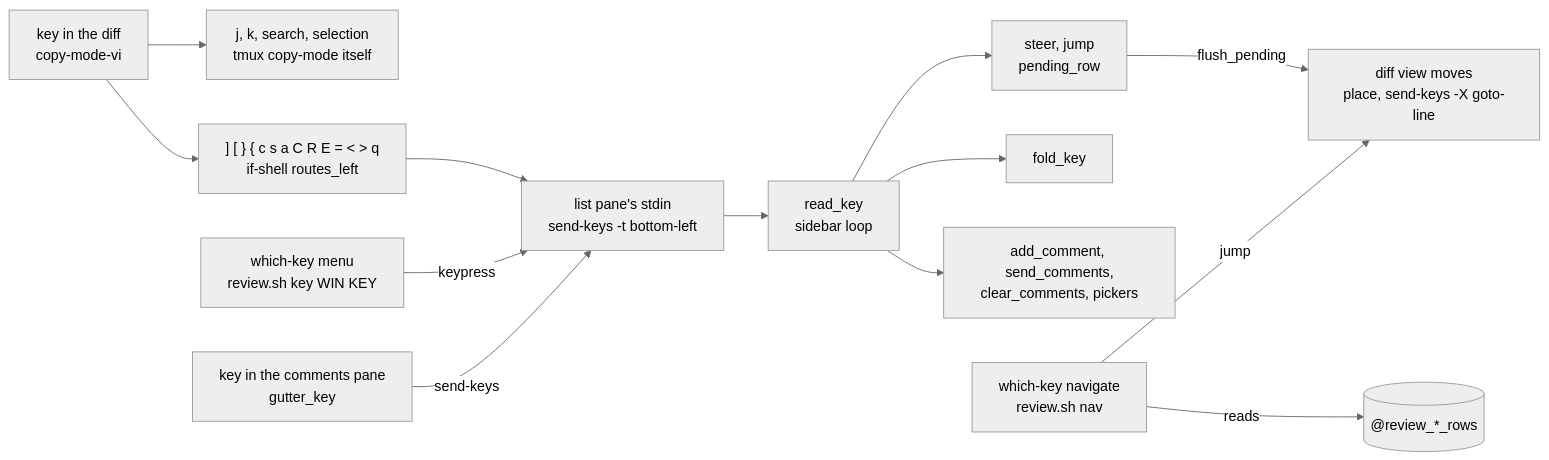
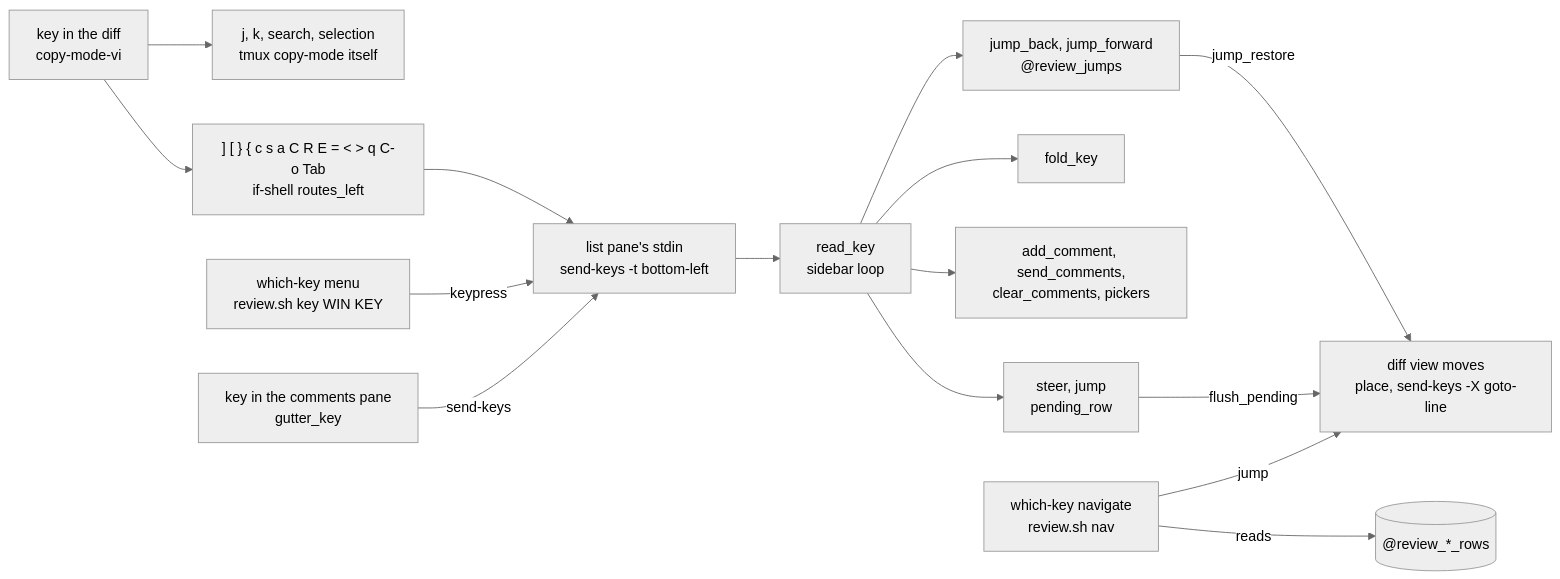
One commit to nvieirafelipe/dot-files changed the eighth of 15 diagrams in tmux-review/ARCHITECTURE.md. Above: the diagram before and after it, drawn with Mermaid (neutral theme). The commit also changed other lines of this file and 6 other files, not shown here.

````diff
--- a/tmux-review/ARCHITECTURE.md
+++ b/tmux-review/ARCHITECTURE.md
@@ -248,28 +248,31 @@
 ```mermaid
 flowchart LR
     diffKey["key in the diff<br/>copy-mode-vi"]
     native["j, k, search, selection<br/>tmux copy-mode itself"]
-    routed["] [ } { c s a C R E = #lt; #gt; q<br/>if-shell routes_left"]
+    routed["] [ } { c s a C R E = #lt; #gt; q C-o Tab<br/>if-shell routes_left"]
     whichkey["which-key menu<br/>review.sh key WIN KEY"]
     gutterKey["key in the comments pane<br/>gutter_key"]
     listIn["list pane's stdin<br/>send-keys -t bottom-left"]
     readKey["read_key<br/>sidebar loop"]
     steer["steer, jump<br/>pending_row"]
     fold["fold_key"]
     comments["add_comment, send_comments,<br/>clear_comments, pickers"]
+    jumps["jump_back, jump_forward<br/>@review_jumps"]
     nav["which-key navigate<br/>review.sh nav"]
     rows[("@review_*_rows")]
     view["diff view moves<br/>place, send-keys -X goto-line"]
 
     diffKey --> native
     diffKey --> routed --> listIn
     whichkey -->|"keypress"| listIn
     gutterKey -->|"send-keys"| listIn
     listIn --> readKey
     readKey --> steer
     readKey --> fold
     readKey --> comments
+    readKey --> jumps
+    jumps -->|"jump_restore"| view
     steer -->|"flush_pending"| view
     nav -->|"reads"| rows
     nav -->|"jump"| view
 ```
````
